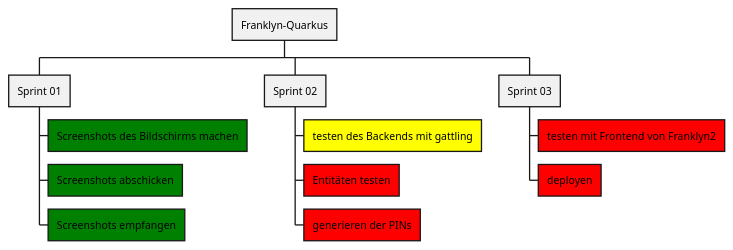
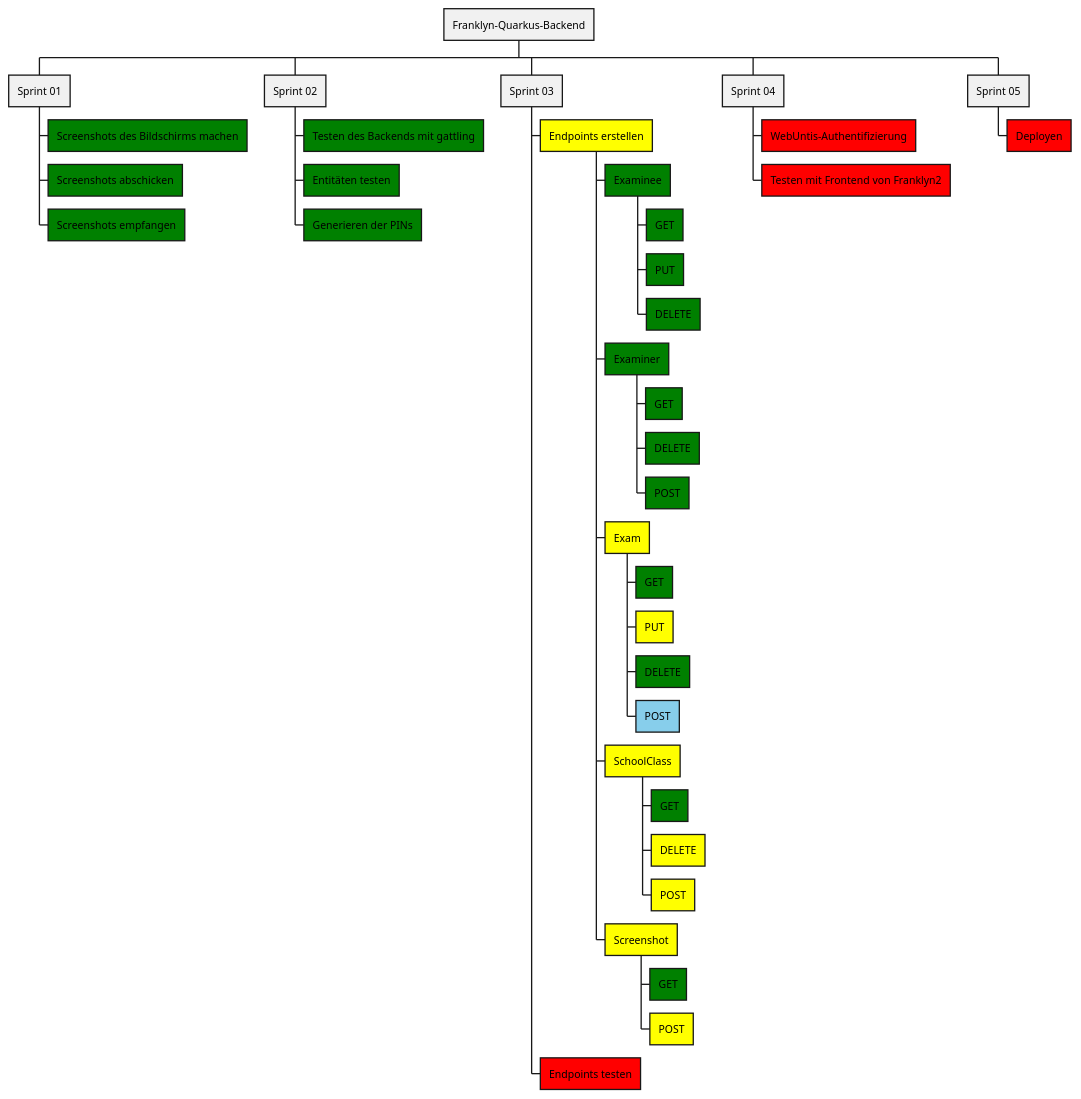
One commit to htl-leonding-project/franklyn-quarkus changed the diagram in docs/asciidocs/plantuml/sachstandsbericht.puml. Above: the diagram before and after it, drawn with PlantUML. The commit also changed 7 other files, not shown here.

```diff
--- a/docs/asciidocs/plantuml/sachstandsbericht.puml
+++ b/docs/asciidocs/plantuml/sachstandsbericht.puml
@@ -1,14 +1,39 @@
 @startwbs
-* Franklyn-Quarkus
+* Franklyn-Quarkus-Backend
 ** Sprint 01
 ***[#green] Screenshots des Bildschirms machen
 ***[#green] Screenshots abschicken
 ***[#green] Screenshots empfangen
 ** Sprint 02
-***[#yellow] testen des Backends mit gattling
-***[#red] Entitäten testen
-***[#red] generieren der PINs
+***[#green] Testen des Backends mit gattling
+***[#green] Entitäten testen
+***[#green] Generieren der PINs
 ** Sprint 03
-***[#red] testen mit Frontend von Franklyn2
-***[#red] deployen
+***[#yellow] Endpoints erstellen
+****[#green] Examinee
+*****[#green] GET
+*****[#green] PUT
+*****[#green] DELETE
+****[#green] Examiner
+*****[#green] GET
+*****[#green] DELETE
+*****[#green] POST
+****[#yellow] Exam
+*****[#green] GET
+*****[#yellow] PUT
+*****[#green] DELETE
+*****[#skyblue] POST
+****[#yellow] SchoolClass
+*****[#green] GET
+*****[#yellow] DELETE
+*****[#yellow] POST
+****[#yellow] Screenshot
+*****[#green] GET
+*****[#yellow] POST
+***[#red] Endpoints testen
+** Sprint 04
+***[#red] WebUntis-Authentifizierung
+***[#red] Testen mit Frontend von Franklyn2
+** Sprint 05
+***[#red] Deployen
 @endwbs
```
